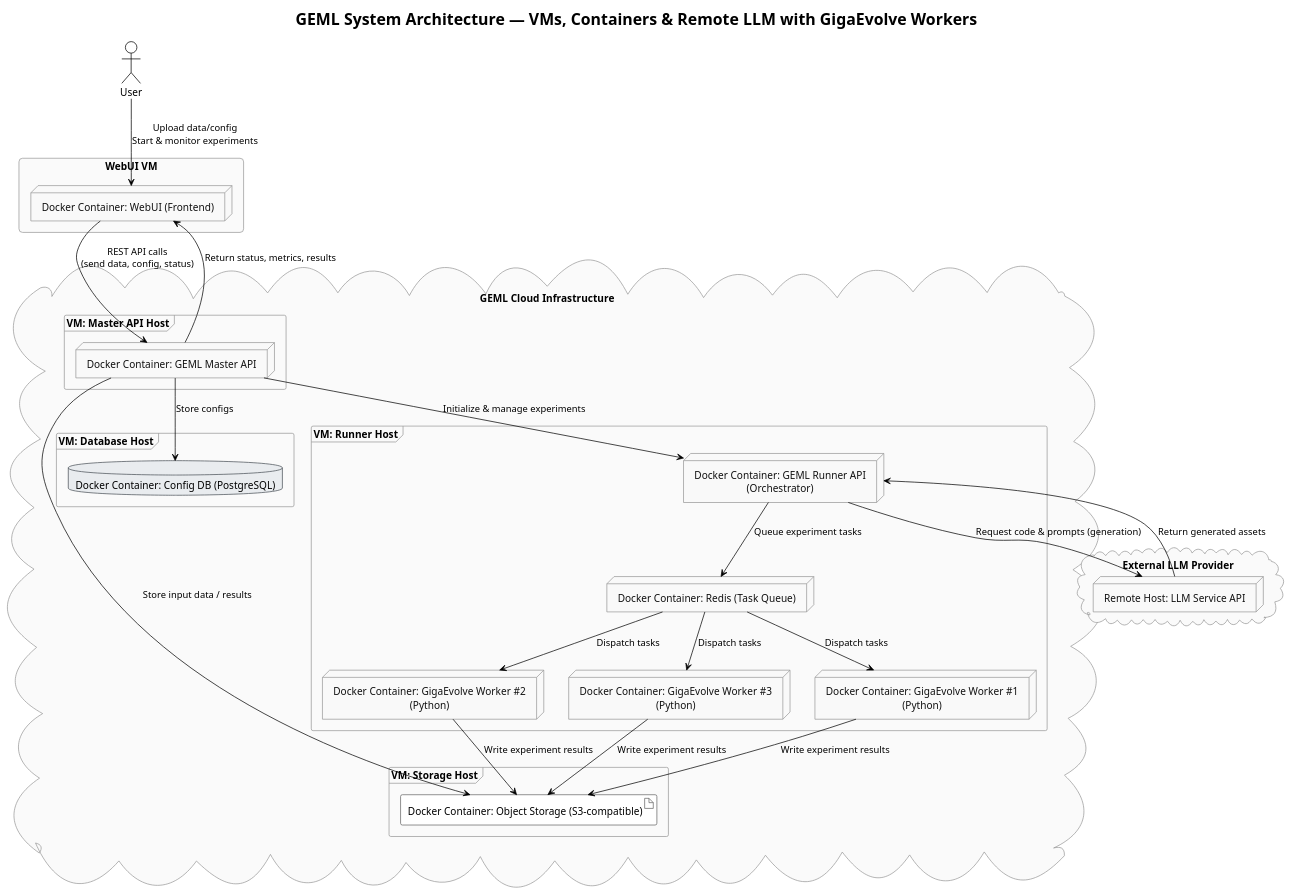
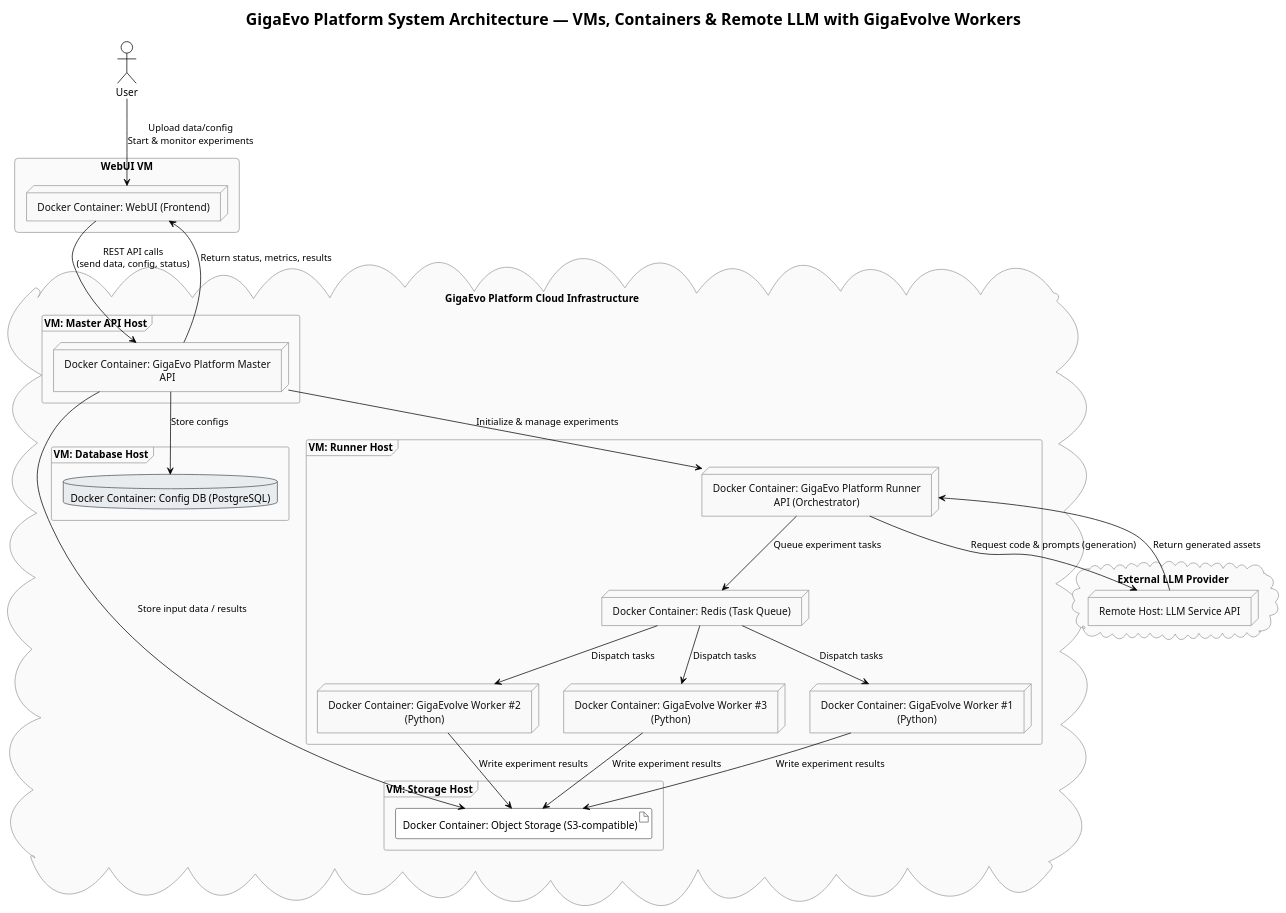
One commit to AIRI-Institute/gigaevo-platform changed the diagram in docs/architecture.puml. Above: the diagram before and after it, drawn with PlantUML. The commit also changed 35 other files, not shown here.

```diff
--- a/docs/architecture.puml
+++ b/docs/architecture.puml
@@ -1,94 +1,94 @@
 @startuml
-title GEML System Architecture — VMs, Containers & Remote LLM with GigaEvolve Workers
+title GigaEvo Platform System Architecture — VMs, Containers & Remote LLM with GigaEvolve Workers
 
 !theme plain
 
 ' ========== STYLES ==========
 skinparam node {
     BackgroundColor #f9f9f9
     BorderColor #999
     FontColor #111
 }
 skinparam artifact {
     BackgroundColor #ffffff
     BorderColor #666
 }
 skinparam cloud {
     BackgroundColor #d0ebff
     BorderColor #0077b6
 }
 skinparam database {
     BackgroundColor #e9ecef
     BorderColor #495057
 }
 skinparam rectangle {
     BorderColor #222
     RoundCorner 10
 }
 skinparam frame {
     BorderColor #666
 }
 skinparam package {
     BackgroundColor #fafafa
     BorderColor #999
 }
 skinparam defaultFontName Monospace
 skinparam defaultTextAlignment center
 
 ' ========== USERS ==========
 actor User as user
 
 rectangle "WebUI VM" as vm_web {
     node "Docker Container: WebUI (Frontend)" as c_web
 }
 
 ' ========== CLOUD ==========
-cloud "GEML Cloud Infrastructure" as geml_cloud {
+cloud "GigaEvo Platform Cloud Infrastructure" as gigaevo_cloud {
     
     frame "VM: Master API Host" as vm_master {
-        node "Docker Container: GEML Master API" as c_master
+        node "Docker Container: GigaEvo Platform Master API" as c_master
     }
 
     frame "VM: Runner Host" as vm_runner {
-        node "Docker Container: GEML Runner API (Orchestrator)" as c_runner
+        node "Docker Container: GigaEvo Platform Runner API (Orchestrator)" as c_runner
         node "Docker Container: Redis (Task Queue)" as c_redis
         node "Docker Container: GigaEvolve Worker #1 (Python)" as c_worker1
         node "Docker Container: GigaEvolve Worker #2 (Python)" as c_worker2
         node "Docker Container: GigaEvolve Worker #3 (Python)" as c_worker3
     }
 
     frame "VM: Database Host" as vm_db {
         database "Docker Container: Config DB (PostgreSQL)" as c_db
     }
 
     frame "VM: Storage Host" as vm_storage {
         artifact "Docker Container: Object Storage (S3-compatible)" as c_storage
     }
 }
 
 ' ========== REMOTE LLM ==========
 cloud "External LLM Provider" as llm_cloud {
     node "Remote Host: LLM Service API" as c_llm
 }
 
 ' ========== CONNECTIONS ==========
 user --> c_web : Upload data/config\nStart & monitor experiments
 c_web --> c_master : REST API calls\n(send data, config, status)
 c_master --> c_db : Store configs
 c_master --> c_storage : Store input data / results
 c_master --> c_runner : Initialize & manage experiments
 
 c_runner --> c_redis : Queue experiment tasks
 c_redis --> c_worker1 : Dispatch tasks
 c_redis --> c_worker2 : Dispatch tasks
 c_redis --> c_worker3 : Dispatch tasks
 c_worker1 --> c_storage : Write experiment results
 c_worker2 --> c_storage : Write experiment results
 c_worker3 --> c_storage : Write experiment results
 
 c_runner --> c_llm : Request code & prompts (generation)
 c_llm --> c_runner : Return generated assets
 
 c_master --> c_web : Return status, metrics, results
 
 @enduml
```
